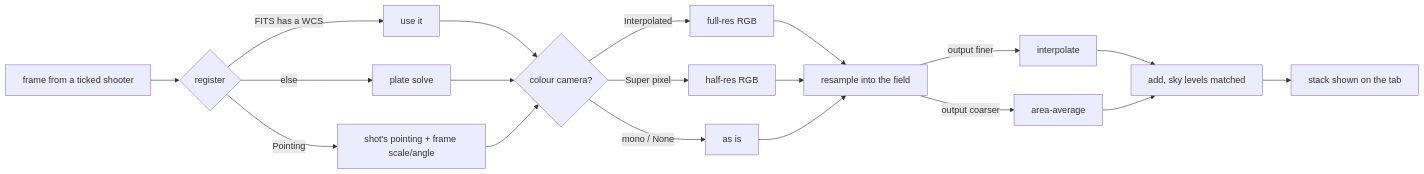
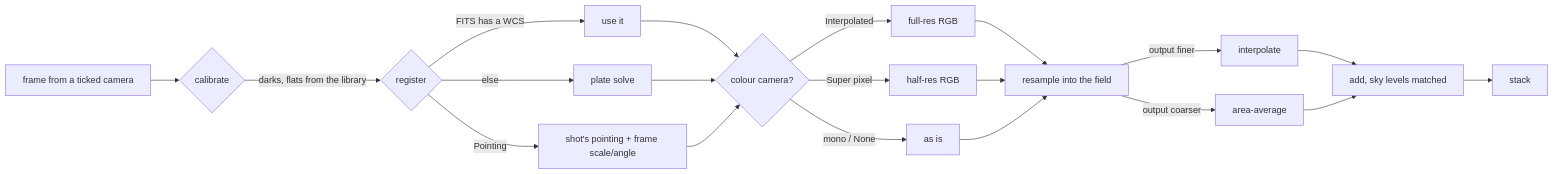
Before and after one commit to UltraGeekDEV/ELink-Astro: the third of 3 diagrams in docs/user-guide.md, drawn with Mermaid. The commit also changed other lines of this file and 19 other files, not shown here.

````diff
--- a/docs/user-guide.md
+++ b/docs/user-guide.md
@@ -248,15 +258,17 @@
 ```mermaid
 flowchart LR
-    F[frame from a ticked shooter] --> R{register}
+    F[frame from a ticked camera] --> K{calibrate}
+    K -->|darks, flats from the library| R
+    R{register}
     R -->|FITS has a WCS| W[use it]
     R -->|else| S[plate solve]
     R -->|Pointing| P[shot's pointing + frame scale/angle]
     W & S & P --> C{colour camera?}
     C -->|Interpolated| CI[full-res RGB]
     C -->|Super pixel| CS[half-res RGB]
     C -->|mono / None| CM[as is]
     CI & CS & CM --> X[resample into the field]
     X -->|output finer| U[interpolate]
     X -->|output coarser| D[area-average]
-    U & D --> A[add, sky levels matched] --> V[stack shown on the tab]
+    U & D --> A[add, sky levels matched] --> V[stack]
 ```
````
